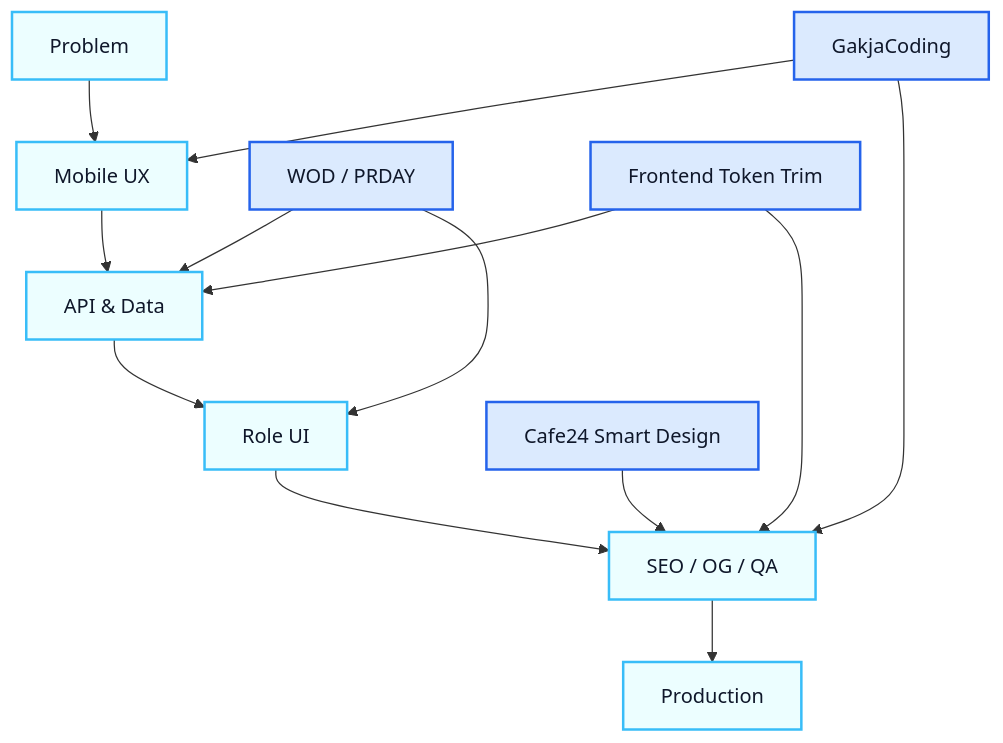
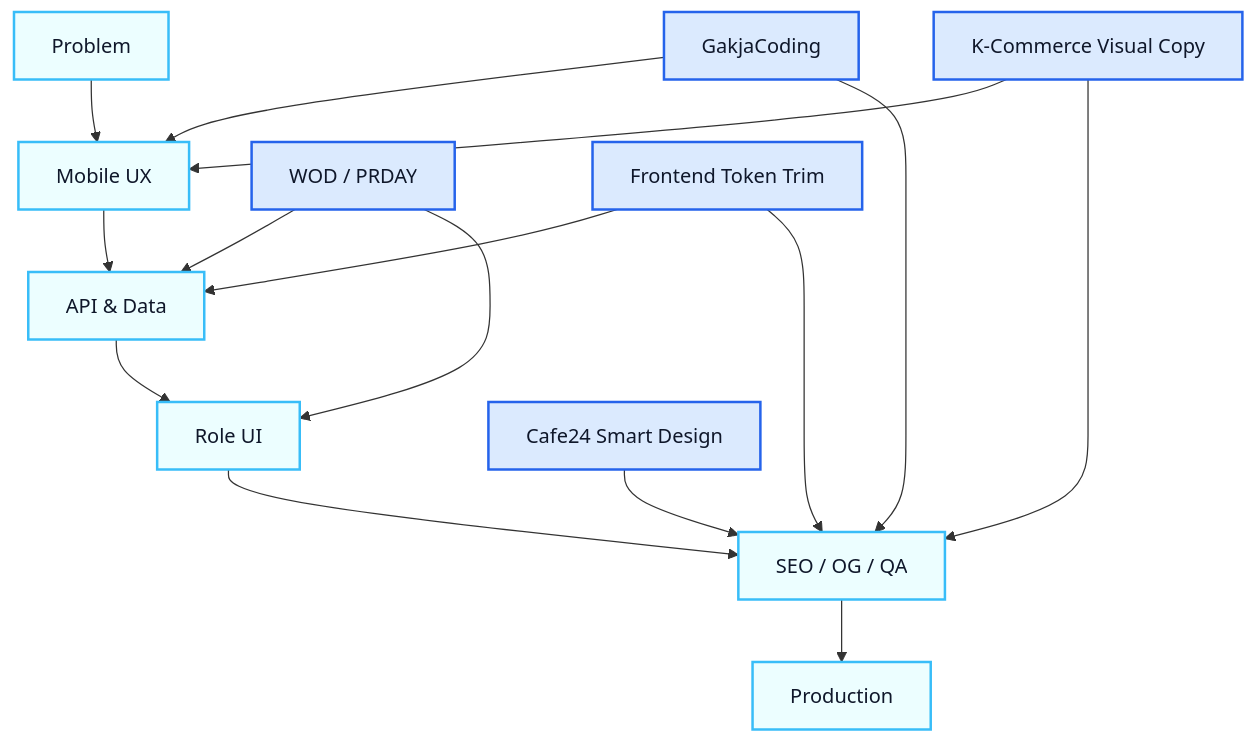
One commit to kimyoungwopo/kimyoungwopo changed the diagram in README.md. Above: the diagram before and after it, drawn with Mermaid. The commit also changed other lines of this file, not shown here.

````diff
--- a/README.md
+++ b/README.md
@@ -125,21 +135,23 @@
 ```mermaid
 flowchart TD
   A[Problem] --> B[Mobile UX]
   B --> C[API & Data]
   C --> D[Role UI]
   D --> E[SEO / OG / QA]
   E --> F[Production]
 
   G[GakjaCoding] --> B
   G --> E
   W[WOD / PRDAY] --> C
   W --> D
   CAFE[Cafe24 Smart Design] --> E
   TOKEN[Frontend Token Trim] --> C
   TOKEN --> E
+  COMMERCE[K-Commerce Visual Copy] --> B
+  COMMERCE --> E
 
   classDef product fill:#DBEAFE,stroke:#2563EB,color:#0F172A,stroke-width:2px;
   classDef system fill:#ECFEFF,stroke:#38BDF8,color:#0F172A,stroke-width:2px;
-  class G,W,CAFE,TOKEN product;
+  class G,W,CAFE,TOKEN,COMMERCE product;
   class A,B,C,D,E,F system;
 ```
````
